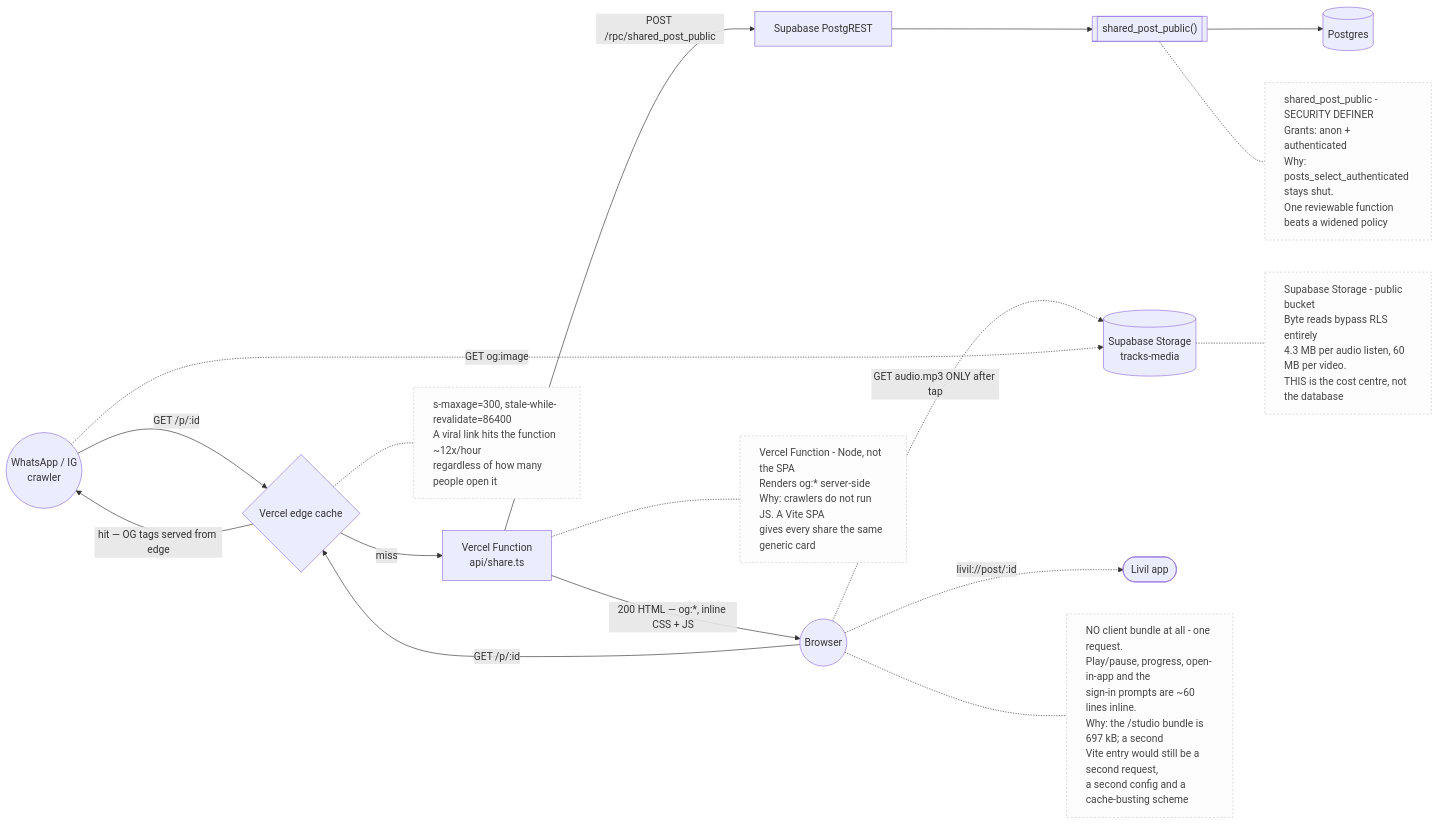
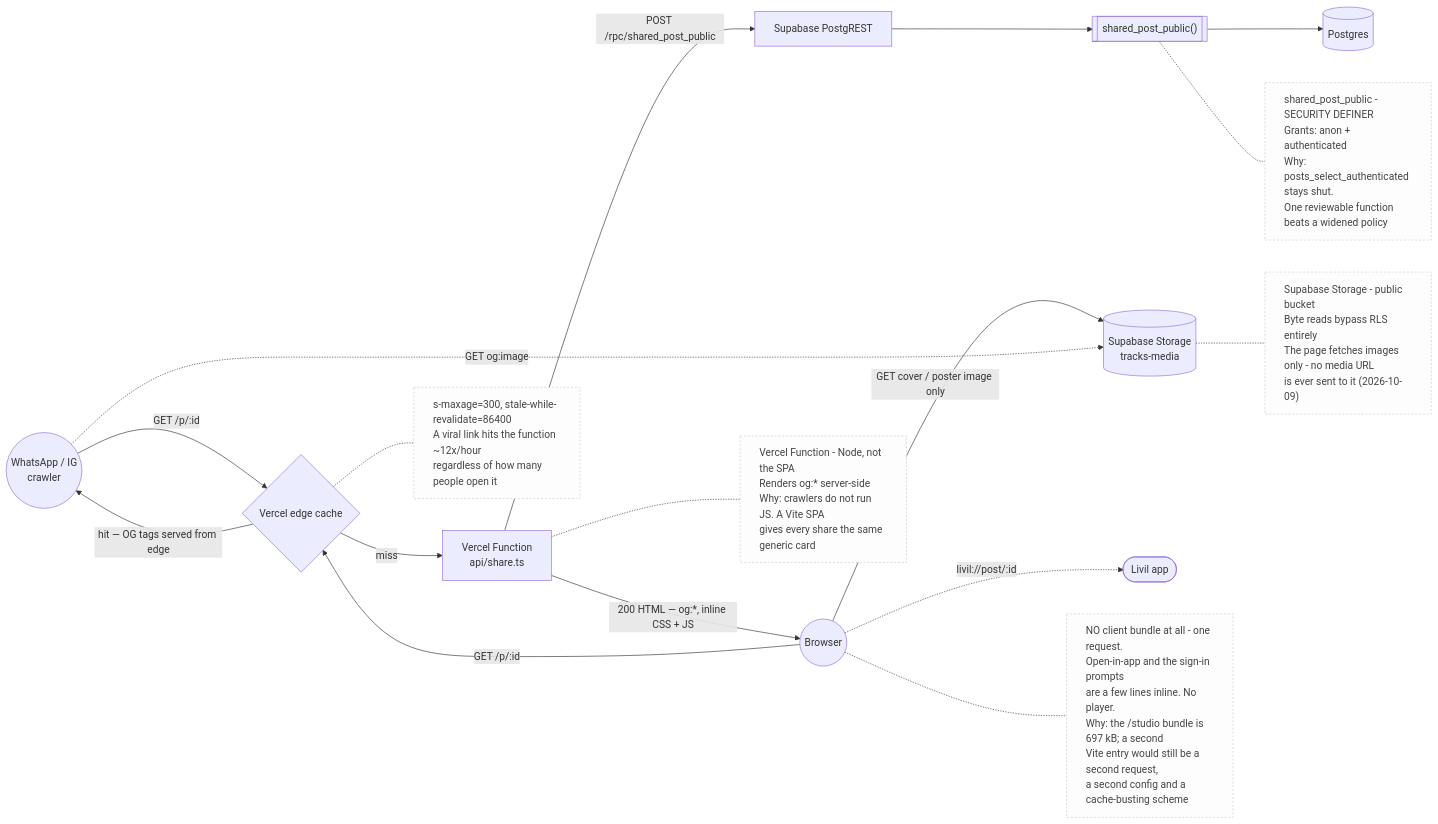
Before and after one commit to vvkiitkgp/livil: the second of 5 diagrams in kb/architecture/post-sharing.md, drawn with Mermaid. The commit also changed other lines of this file and 6 other files, not shown here.

First line of the commit message:
Share page: metadata only, no anonymous playback (migration, not applied)

````diff
--- a/kb/architecture/post-sharing.md
+++ b/kb/architecture/post-sharing.md
@@ -330,39 +350,39 @@
 ```mermaid
 flowchart LR
     Crawler(("WhatsApp / IG<br/>crawler"))
     Visitor((Browser))
     VF["Vercel Function<br/>api/share.ts"]
     CDN{"Vercel edge cache"}
     PGRST["Supabase PostgREST"]
     RPC[["shared_post_public()"]]
     PG[("Postgres")]
     STOR[("Supabase Storage<br/>tracks-media")]
     APP(["Livil app"])
 
     Crawler -->|"GET /p/:id"| CDN
     Visitor -->|"GET /p/:id"| CDN
     CDN -->|"miss"| VF
     CDN -->|"hit — OG tags served from edge"| Crawler
     VF -->|"POST /rpc/shared_post_public"| PGRST
     PGRST --> RPC
     RPC --> PG
     VF -->|"200 HTML — og:*, inline CSS + JS"| Visitor
-    Visitor -.->|"GET audio.mp3 ONLY after tap"| STOR
+    Visitor -->|"GET cover / poster image only"| STOR
     Visitor -.->|"livil://post/:id"| APP
     Crawler -.->|"GET og:image"| STOR
 
     nRPC["shared_post_public - SECURITY DEFINER<br/>Grants: anon + authenticated<br/>Why: posts_select_authenticated stays shut.<br/>One reviewable function beats a widened policy"]
     nVF["Vercel Function - Node, not the SPA<br/>Renders og:* server-side<br/>Why: crawlers do not run JS. A Vite SPA<br/>gives every share the same generic card"]
     nCDN["s-maxage=300, stale-while-revalidate=86400<br/>A viral link hits the function ~12x/hour<br/>regardless of how many people open it"]
-    nStor["Supabase Storage - public bucket<br/>Byte reads bypass RLS entirely<br/>4.3 MB per audio listen, 60 MB per video.<br/>THIS is the cost centre, not the database"]
-    nSPA["NO client bundle at all - one request.<br/>Play/pause, progress, open-in-app and the<br/>sign-in prompts are ~60 lines inline.<br/>Why: the /studio bundle is 697 kB; a second<br/>Vite entry would still be a second request,<br/>a second config and a cache-busting scheme"]
+    nStor["Supabase Storage - public bucket<br/>Byte reads bypass RLS entirely<br/>The page fetches images only - no media URL<br/>is ever sent to it (2026-10-09)"]
+    nSPA["NO client bundle at all - one request.<br/>Open-in-app and the sign-in prompts<br/>are a few lines inline. No player.<br/>Why: the /studio bundle is 697 kB; a second<br/>Vite entry would still be a second request,<br/>a second config and a cache-busting scheme"]
 
     RPC -.- nRPC
     VF -.- nVF
     CDN -.- nCDN
     STOR -.- nStor
     Visitor -.- nSPA
 
     classDef note fill:#fdfdfd,stroke:#c8c8c8,stroke-width:1px,stroke-dasharray:3 3,color:#444,text-align:left
     class nRPC,nVF,nCDN,nStor,nSPA note
 ```
````
